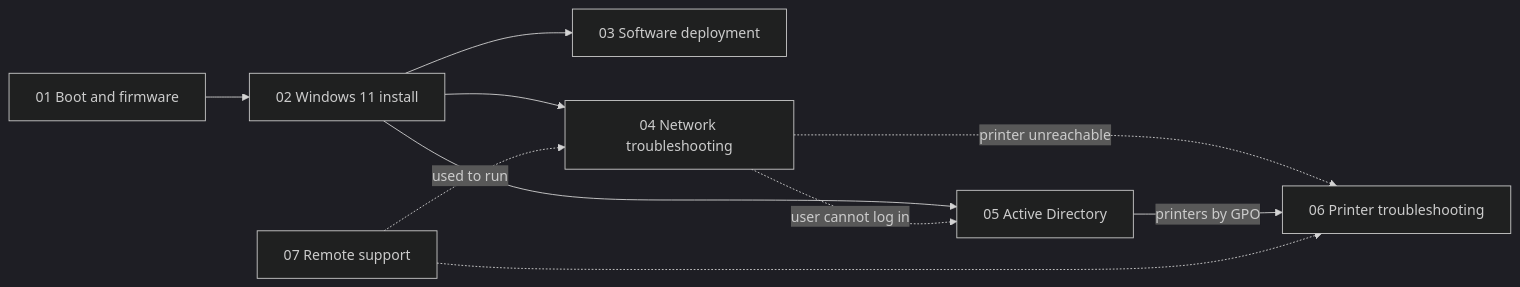
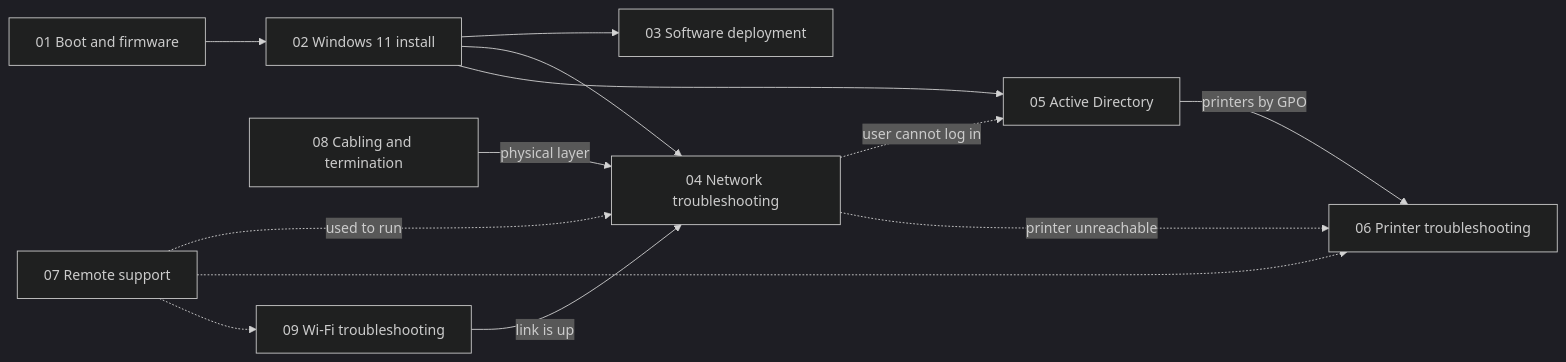
Before and after one commit to Bazeeza/Technical-Runbooks: the diagram in README.md, drawn with Mermaid (dark theme). The commit also changed other lines of this file, not shown here.

First line of the commit message:
Add runbooks 08 and 09 to the README index and connection diagram

````diff
--- a/README.md
+++ b/README.md
@@ -47,12 +53,15 @@
 ```mermaid
 flowchart LR
     R01[01 Boot and firmware] --> R02[02 Windows 11 install]
     R02 --> R03[03 Software deployment]
     R02 --> R04[04 Network troubleshooting]
     R02 --> R05[05 Active Directory]
     R04 -.->|user cannot log in| R05
     R04 -.->|printer unreachable| R06[06 Printer troubleshooting]
     R05 -->|printers by GPO| R06
     R07[07 Remote support] -.->|used to run| R04
     R07 -.-> R06
+    R08[08 Cabling and termination] -->|physical layer| R04
+    R09[09 Wi-Fi troubleshooting] -->|link is up| R04
+    R07 -.-> R09
 ```
````
